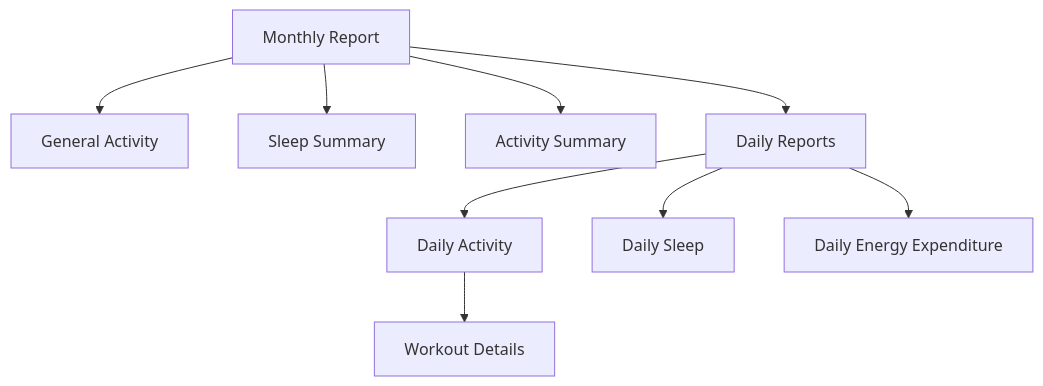
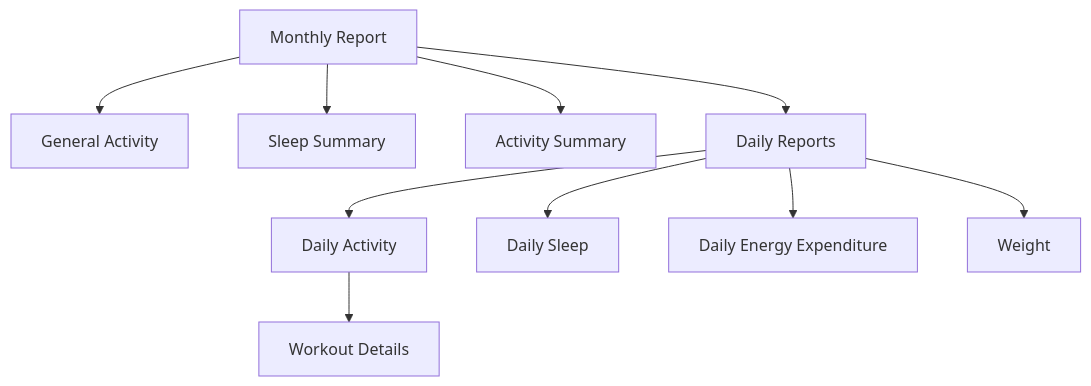
The third of 3 diagrams in README.md (MateuszMocarski/AppleHealthMonitorAnalyzer), drawn with Mermaid before and after one commit. The commit also changed other lines of this file, not shown here.

````diff
--- a/README.md
+++ b/README.md
@@ -285,24 +286,26 @@
 ```mermaid
 flowchart TD
 
     A["Monthly Report"]
     B["General Activity"]
     C["Sleep Summary"]
     D["Activity Summary"]
     E["Daily Reports"]
     G["Daily Activity"]
     F["Daily Sleep"]
     I["Daily Energy Expenditure"]
+    J["Weight"]
 
     H["Workout Details"]
 
     A --> B
     A --> C
     A --> D
     A --> E
 
     E --> G
     E --> F
     E --> I
+    E --> J
     G --> H
 ```
````
